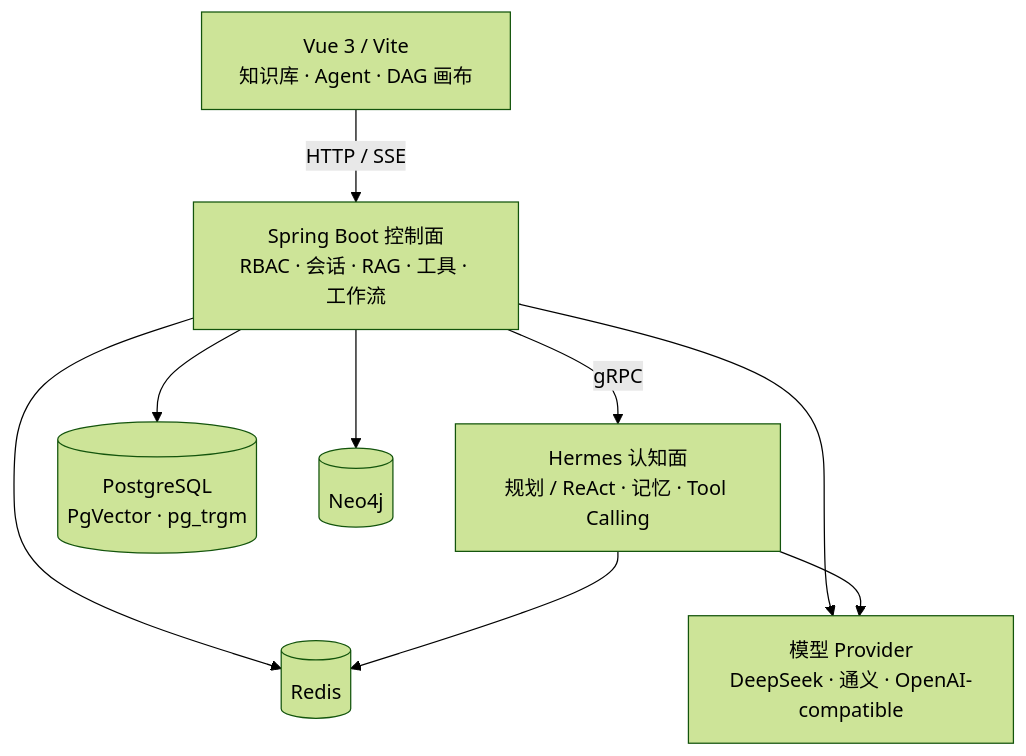
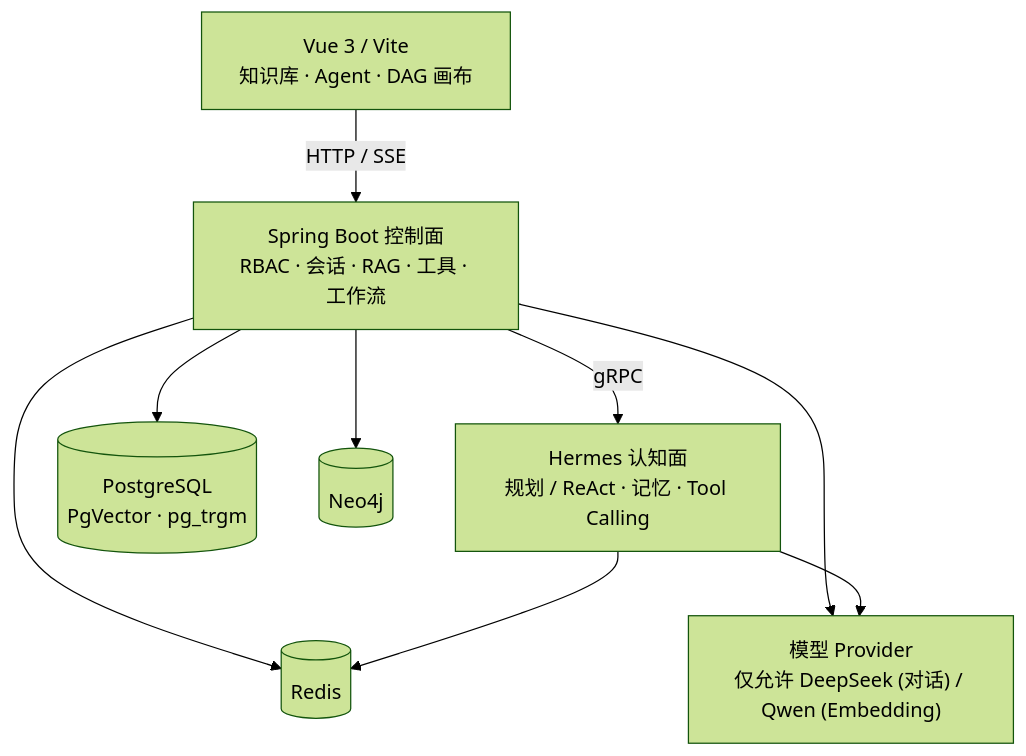
One commit to wssAchilles/Spring_Agent changed the diagram in README.md. Above: the diagram before and after it, drawn with Mermaid (forest theme). The commit also changed other lines of this file and 70 other files, not shown here.

````diff
--- a/README.md
+++ b/README.md
@@ -42,19 +47,19 @@
 ```mermaid
 flowchart TB
     Web["Vue 3 / Vite<br/>知识库 · Agent · DAG 画布"]
     Control["Spring Boot 控制面<br/>RBAC · 会话 · RAG · 工具 · 工作流"]
     Hermes["Hermes 认知面<br/>规划 / ReAct · 记忆 · Tool Calling"]
     PostgreSQL[("PostgreSQL<br/>PgVector · pg_trgm")]
     Redis[("Redis")]
     Neo4j[("Neo4j")]
-    Models["模型 Provider<br/>DeepSeek · 通义 · OpenAI-compatible"]
+    Models["模型 Provider<br/>仅允许 DeepSeek (对话) / Qwen (Embedding)"]
 
     Web -->|"HTTP / SSE"| Control
     Control -->|"gRPC"| Hermes
     Control --> PostgreSQL
     Control --> Redis
     Control --> Neo4j
     Control --> Models
     Hermes --> Redis
     Hermes --> Models
 ```
````
